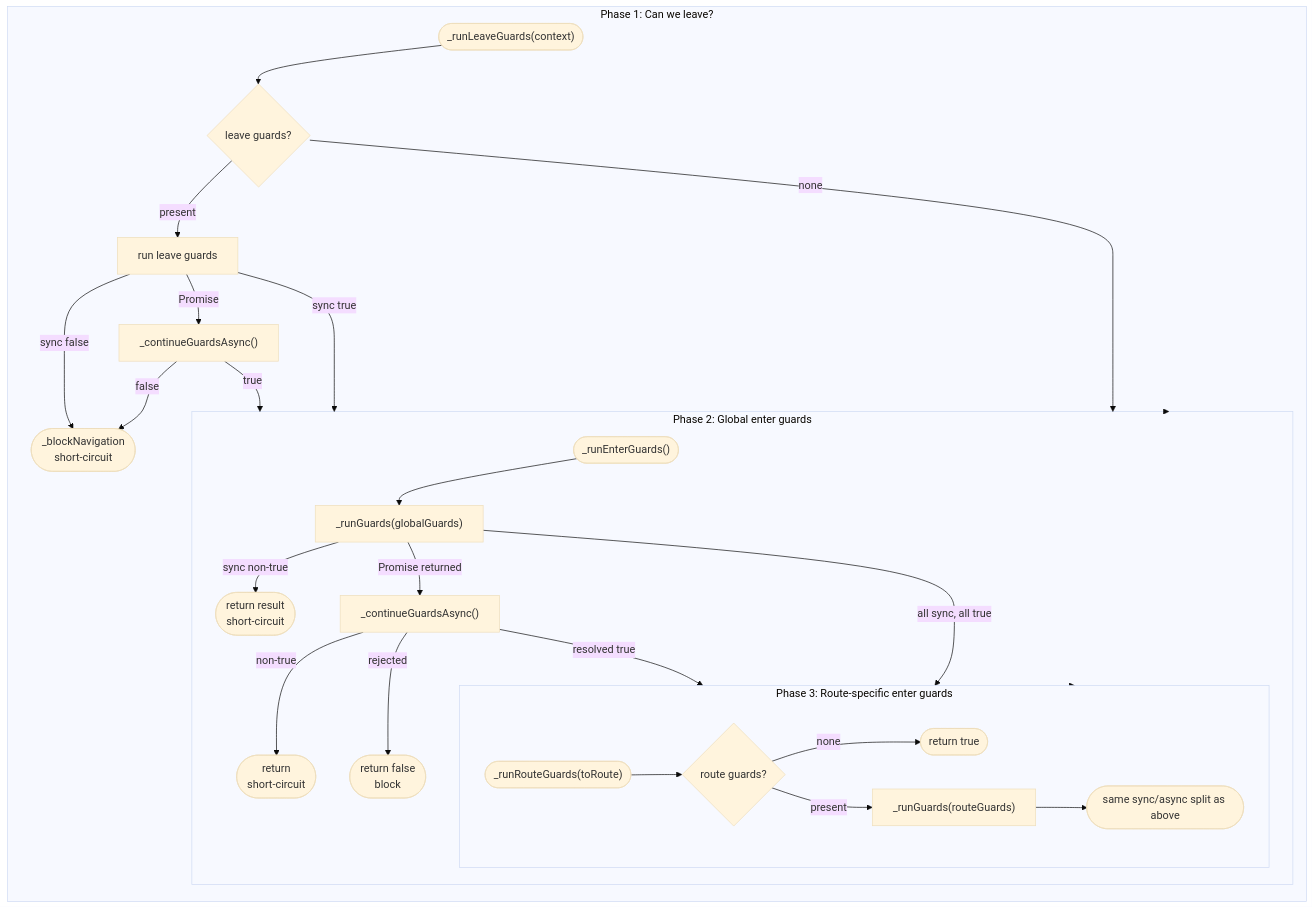
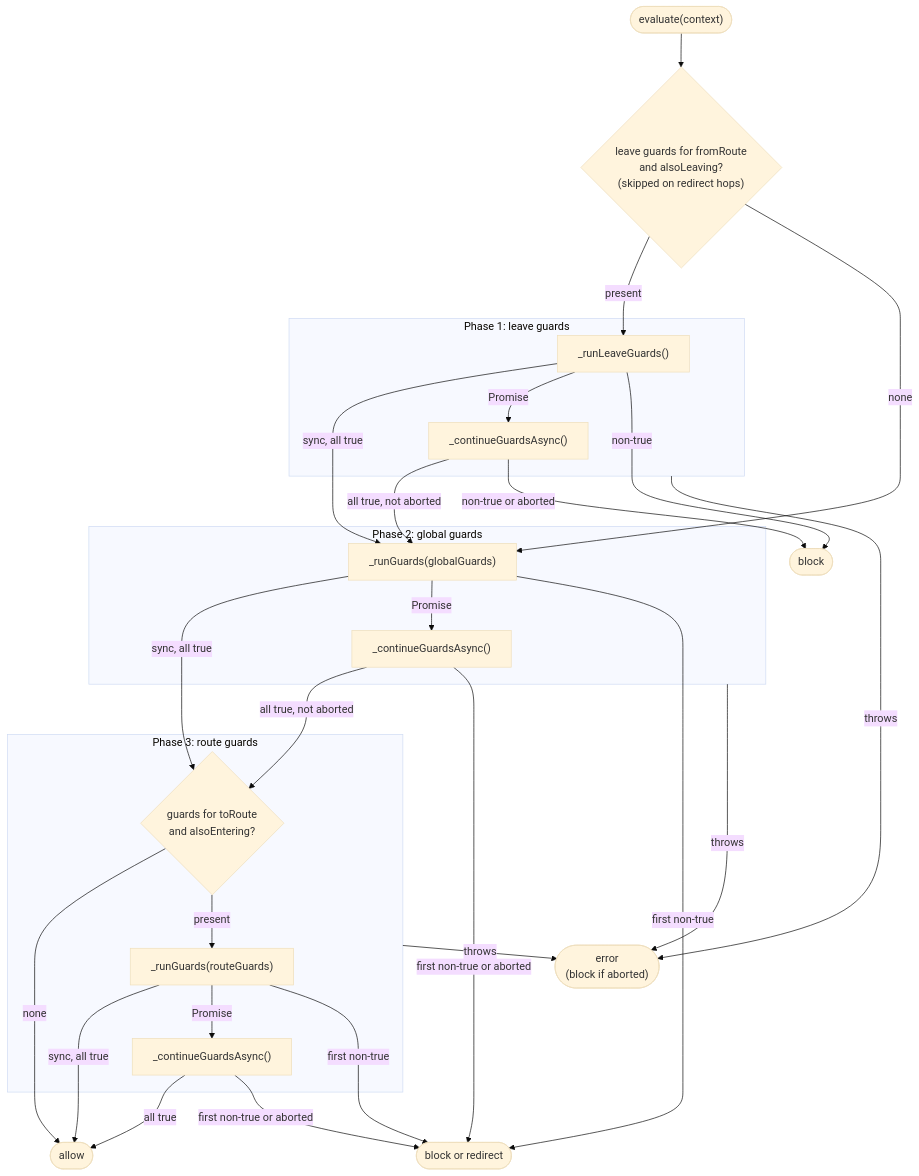
The fourth of 9 diagrams in docs/reference/architecture.md (wridgeu/ui5-lib-guard-router), drawn with Mermaid (base theme) before and after one commit. The commit also changed other lines of this file and 259 other files, not shown here.

First line of the commit message:
feat(router): owner component for guards; harden navigation and guard loading (#70)

````diff
--- a/docs/reference/architecture.md
+++ b/docs/reference/architecture.md
@@ -276,33 +582,47 @@
 ```mermaid
 flowchart TD
-    subgraph phase1 ["Phase 1: Can we leave?"]
-        leave(["_runLeaveGuards(context)"]) --> lcheck{leave guards?}
-        lcheck -- none --> phase2
-        lcheck -- present --> lrun[run leave guards]
-        lrun -- "sync false" --> lblock(["_blockNavigation<br/>short-circuit"])
-        lrun -- "sync true" --> phase2
-        lrun -- Promise --> lfin["_continueGuardsAsync()"]
-        lfin -- "false" --> lblock
-        lfin -- "true" --> phase2
+    start(["evaluate(context)"]) --> lcheck{"leave guards for fromRoute<br/>and alsoLeaving?<br/>(skipped on redirect hops)"}
+
+    subgraph phase1 ["Phase 1: leave guards"]
+        lrun["_runLeaveGuards()"]
+        lfin["_continueGuardsAsync()"]
     end
 
-    subgraph phase2 ["Phase 2: Global enter guards"]
-        enter(["_runEnterGuards()"]) --> gsync["_runGuards(globalGuards)"]
-        gsync -- "all sync, all true" --> phase3
-        gsync -- "sync non-true" --> gblock(["return result<br/>short-circuit"])
-        gsync -- "Promise returned" --> gfin["_continueGuardsAsync()"]
-        gfin -- "resolved true" --> phase3
-        gfin -- "non-true" --> gblock2(["return<br/>short-circuit"])
-        gfin -- "rejected" --> gblock3(["return false<br/>block"])
+    subgraph phase2 ["Phase 2: global guards"]
+        gsync["_runGuards(globalGuards)"]
+        gfin["_continueGuardsAsync()"]
     end
 
-    subgraph phase3 ["Phase 3: Route-specific enter guards"]
-        renter(["_runRouteGuards(toRoute)"]) --> rcheck{route guards?}
-        rcheck -- none --> rtrue([return true])
-        rcheck -- present --> rsync["_runGuards(routeGuards)"]
-        rsync --> rnote([same sync/async split as above])
+    subgraph phase3 ["Phase 3: route guards"]
+        rcheck{"guards for toRoute<br/>and alsoEntering?"}
+        rsync["_runGuards(routeGuards)"]
+        rfin["_continueGuardsAsync()"]
     end
 
-    phase1 --> phase2
-    phase2 --> phase3
+    lcheck -- "present" --> lrun
+    lcheck -- "none" --> gsync
+    lrun -- "sync, all true" --> gsync
+    lrun -- "Promise" --> lfin
+    lfin -- "all true, not aborted" --> gsync
+
+    gsync -- "sync, all true" --> rcheck
+    gsync -- "Promise" --> gfin
+    gfin -- "all true, not aborted" --> rcheck
+
+    rcheck -- "none" --> allow(["allow"])
+    rcheck -- "present" --> rsync
+    rsync -- "sync, all true" --> allow
+    rsync -- "Promise" --> rfin
+    rfin -- "all true" --> allow
+
+    lrun -- "non-true" --> block(["block"])
+    lfin -- "non-true or aborted" --> block
+    gsync -- "first non-true" --> result(["block or redirect"])
+    gfin -- "first non-true or aborted" --> result
+    rsync -- "first non-true" --> result
+    rfin -- "first non-true or aborted" --> result
+
+    phase1 -- "throws" --> error(["error<br/>(block if aborted)"])
+    phase2 -- "throws" --> error
+    phase3 -- "throws" --> error
 ```
````
